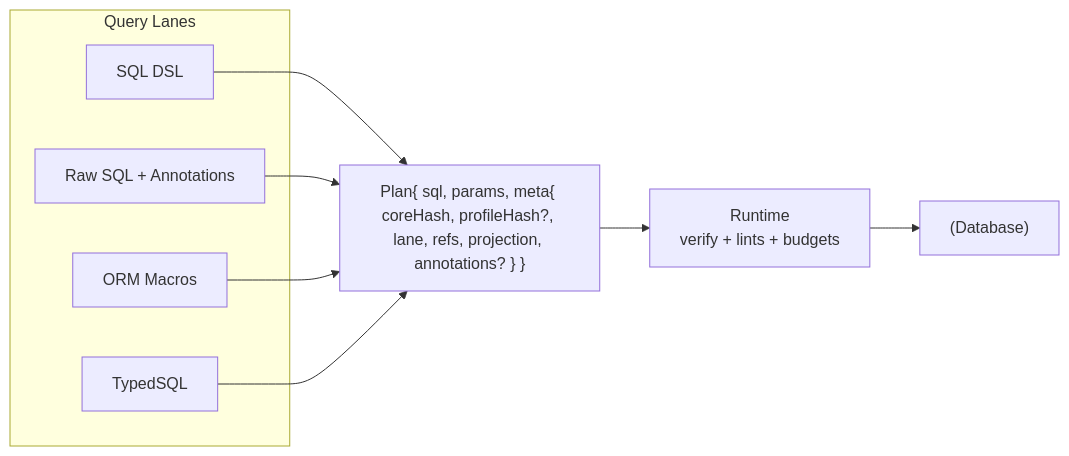
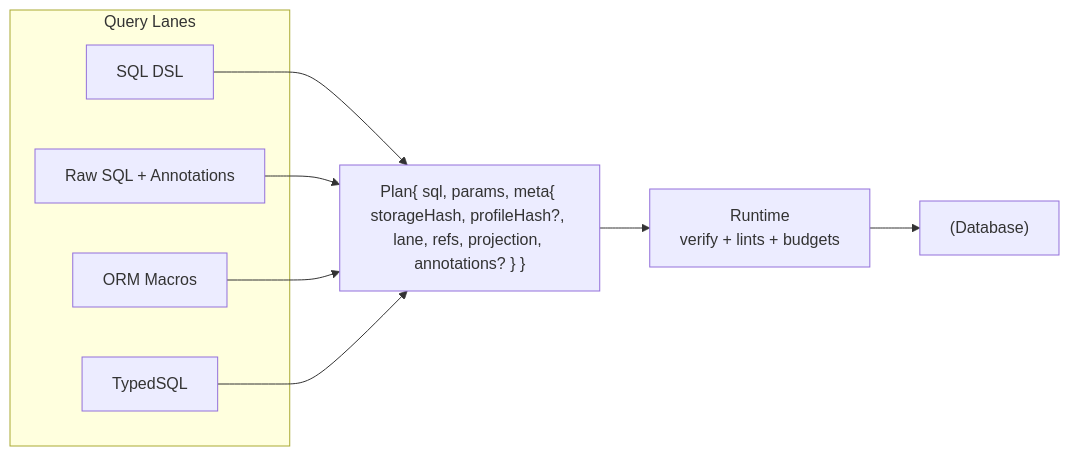
Before and after one commit to prisma/prisma-next: the diagram in docs/architecture docs/subsystems/3. Query Lanes.md, drawn with Mermaid. The commit also changed other lines of this file and 262 other files, not shown here.

````diff
--- a/docs/architecture docs/subsystems/3. Query Lanes.md
+++ b/docs/architecture docs/subsystems/3. Query Lanes.md
@@ -10,17 +10,17 @@
 ```mermaid
 flowchart LR
   subgraph "Query Lanes"
     DSL[SQL DSL]
     RAW["Raw SQL + Annotations"]
     ORM[ORM Macros]
     TSQL[TypedSQL]
   end
   DSL --> PLAN
   RAW --> PLAN
   ORM --> PLAN
   TSQL --> PLAN
-  PLAN["Plan{ sql, params, meta{ coreHash, profileHash?, lane, refs, projection, annotations? } }"]
+  PLAN["Plan{ sql, params, meta{ storageHash, profileHash?, lane, refs, projection, annotations? } }"]
   PLAN --> RT[Runtime
   verify + lints + budgets]
   RT --> DB["(Database)"]
 ```
````
